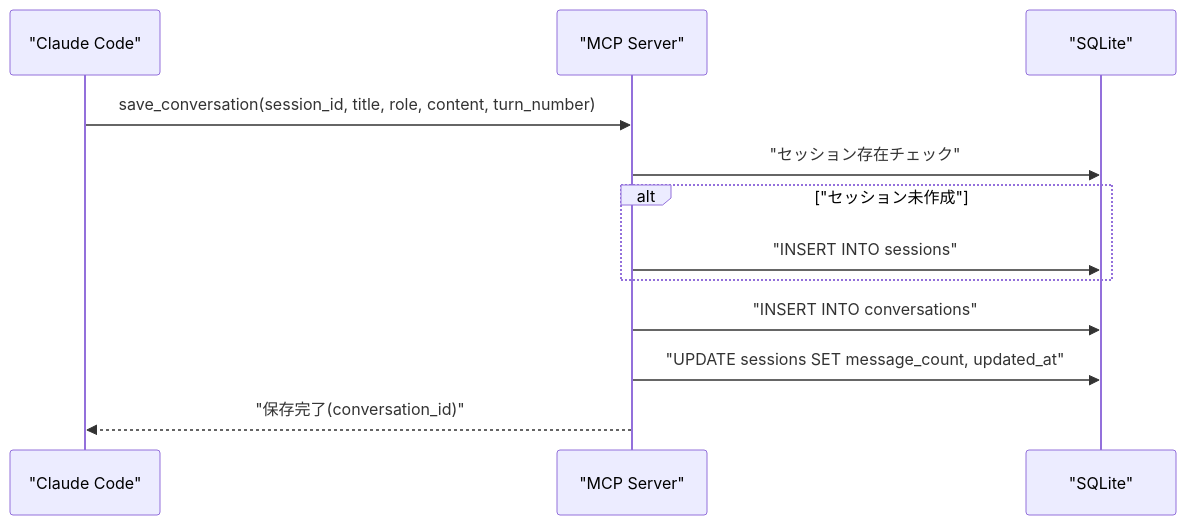
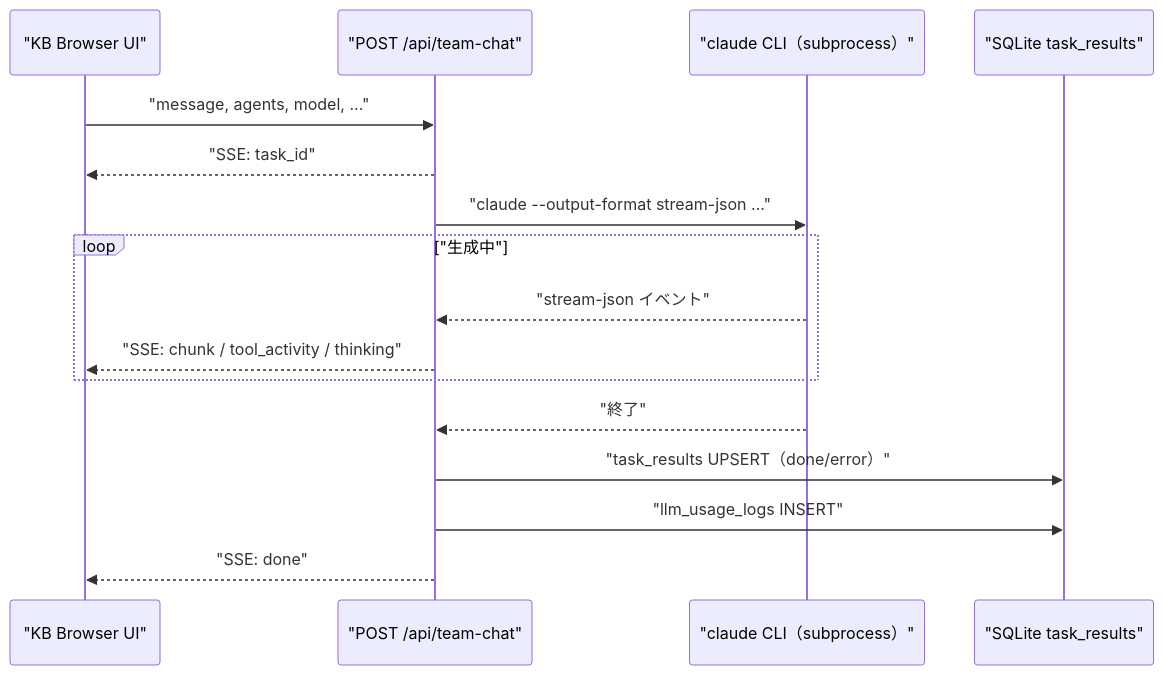
The fourth of 7 diagrams in doc/DESIGN-002_kblite-basic-design.md (76Hata/KBLite), drawn with Mermaid before and after one commit. The commit also changed other lines of this file and 4 other files, not shown here.

````diff
--- a/doc/DESIGN-002_kblite-basic-design.md
+++ b/doc/DESIGN-002_kblite-basic-design.md
@@ -365,15 +725,19 @@
 ```mermaid
 sequenceDiagram
-    participant CC as "Claude Code"
-    participant MCP as "MCP Server"
-    participant DB as "SQLite"
+    participant UI as "KB Browser UI"
+    participant API as "POST /api/team-chat"
+    participant CLI as "claude CLI（subprocess）"
+    participant DB as "SQLite task_results"
 
-    CC->>MCP: save_conversation(session_id, title, role, content, turn_number)
-    MCP->>DB: "セッション存在チェック"
-    alt "セッション未作成"
-        MCP->>DB: "INSERT INTO sessions"
+    UI->>API: "message, agents, model, ..."
+    API-->>UI: "SSE: task_id"
+    API->>CLI: "claude --output-format stream-json ..."
+    loop "生成中"
+        CLI-->>API: "stream-json イベント"
+        API-->>UI: "SSE: chunk / tool_activity / thinking"
     end
-    MCP->>DB: "INSERT INTO conversations"
-    MCP->>DB: "UPDATE sessions SET message_count, updated_at"
-    MCP-->>CC: "保存完了(conversation_id)"
+    CLI-->>API: "終了"
+    API->>DB: "task_results UPSERT（done/error）"
+    API->>DB: "llm_usage_logs INSERT"
+    API-->>UI: "SSE: done"
 ```
````
